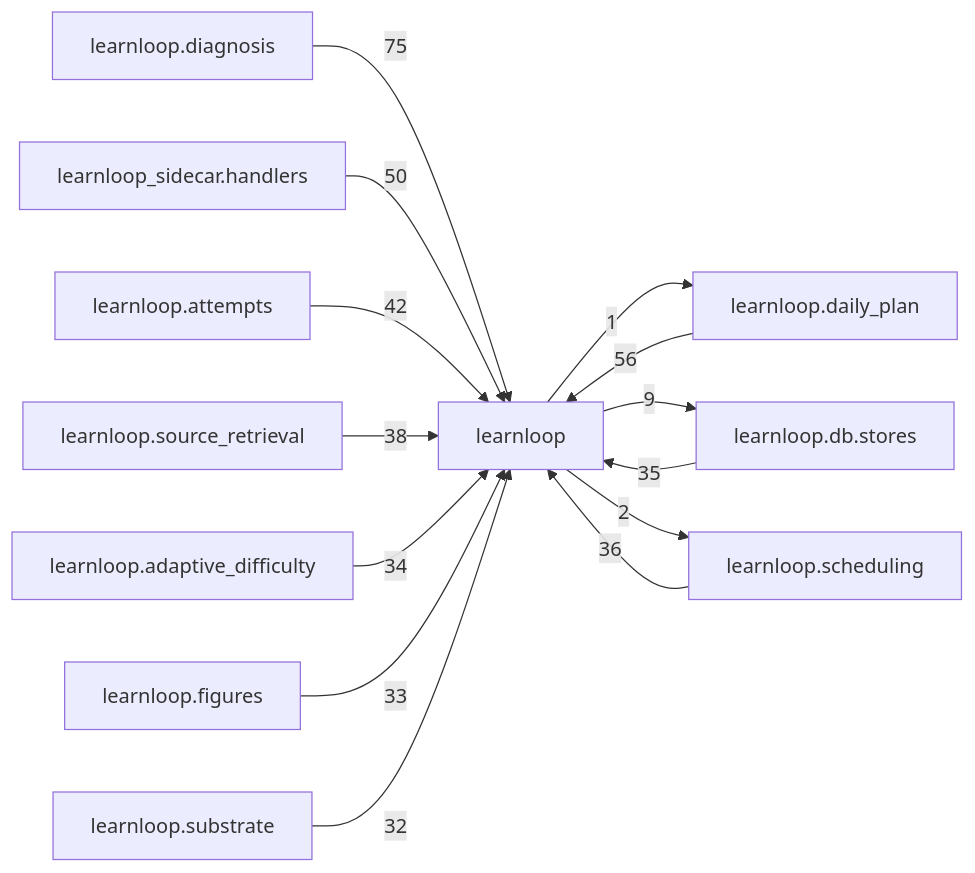
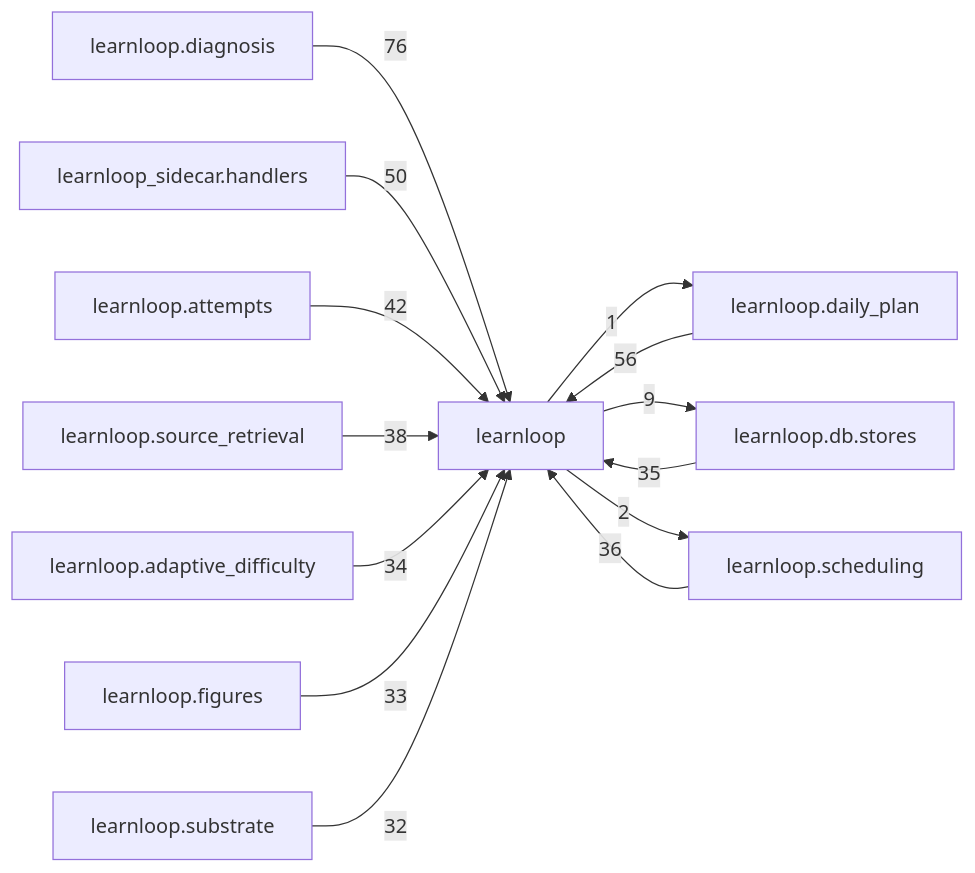
One commit to 6up-b/learnanything changed the diagram in docs/learnloop-architecture-vault/Reference/Modules/learnloop/_package.md. Above: the diagram before and after it, drawn with Mermaid. The commit also changed other lines of this file and 32 other files, not shown here.

````diff
--- a/docs/learnloop-architecture-vault/Reference/Modules/learnloop/_package.md
+++ b/docs/learnloop-architecture-vault/Reference/Modules/learnloop/_package.md
@@ -259,27 +259,27 @@
 ```mermaid
 flowchart LR
     center["learnloop"]
     n_learnloop_diagnosis["learnloop.diagnosis"]
     n_learnloop_daily_plan["learnloop.daily_plan"]
     n_learnloop_sidecar_handlers["learnloop_sidecar.handlers"]
     n_learnloop_db_stores["learnloop.db.stores"]
     n_learnloop_attempts["learnloop.attempts"]
     n_learnloop_scheduling["learnloop.scheduling"]
     n_learnloop_source_retrieval["learnloop.source_retrieval"]
     n_learnloop_adaptive_difficulty["learnloop.adaptive_difficulty"]
     n_learnloop_figures["learnloop.figures"]
     n_learnloop_substrate["learnloop.substrate"]
-    n_learnloop_diagnosis -->|75| center
+    n_learnloop_diagnosis -->|76| center
     n_learnloop_daily_plan -->|56| center
     center -->|1| n_learnloop_daily_plan
     n_learnloop_sidecar_handlers -->|50| center
     n_learnloop_db_stores -->|35| center
     center -->|9| n_learnloop_db_stores
     n_learnloop_attempts -->|42| center
     n_learnloop_scheduling -->|36| center
     center -->|2| n_learnloop_scheduling
     n_learnloop_source_retrieval -->|38| center
     n_learnloop_adaptive_difficulty -->|34| center
     n_learnloop_figures -->|33| center
     n_learnloop_substrate -->|32| center
 ```
````
